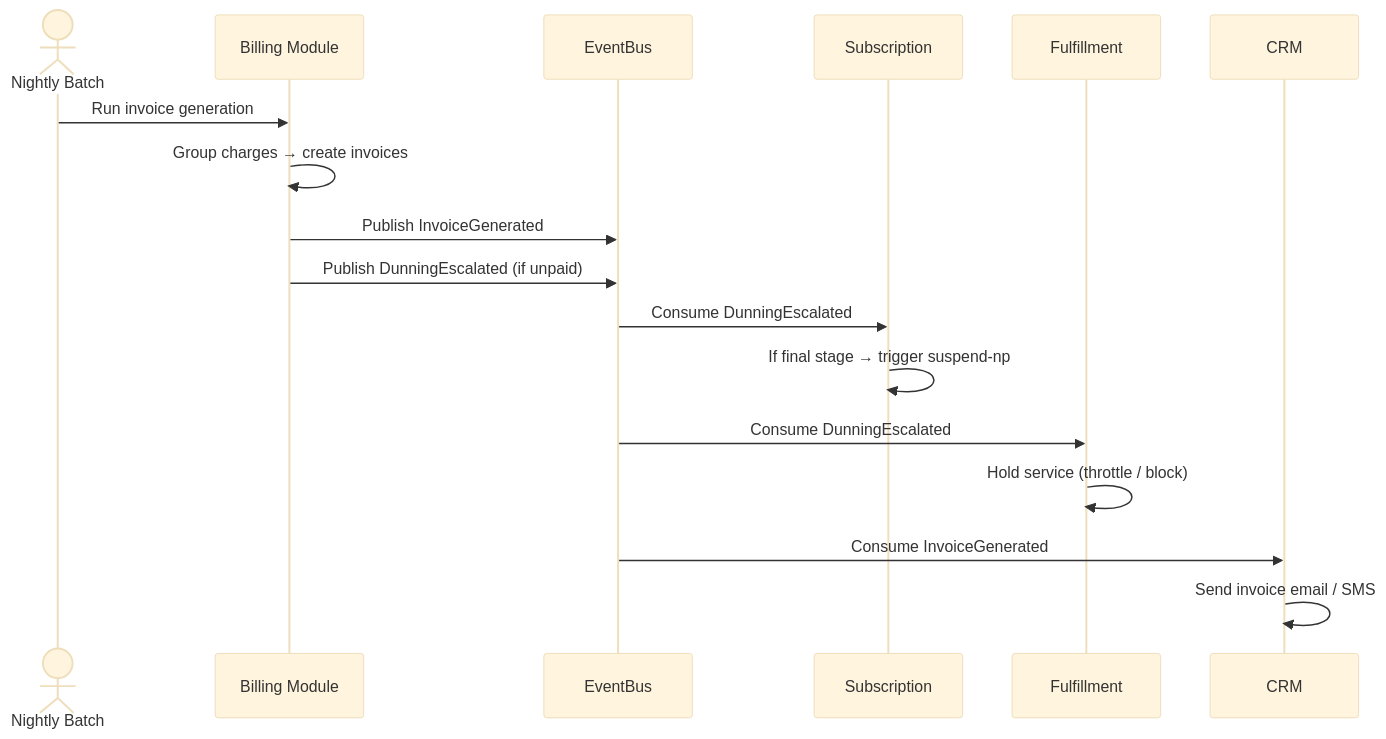
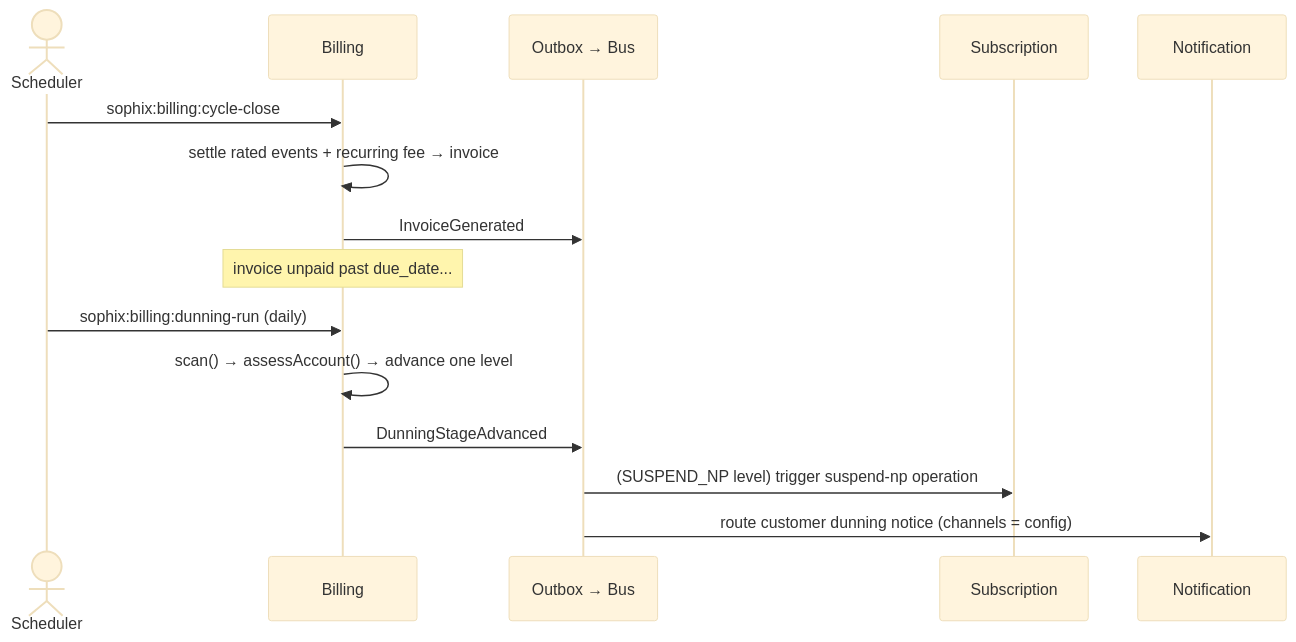
One commit to papepapesg/csp changed the diagram in docs/archi2/billing.md. Above: the diagram before and after it, drawn with Mermaid (base theme). The commit also changed other lines of this file, not shown here.

First line of the commit message:
docs(archi2): rewrite billing onboarding guide against the real code

````diff
--- a/docs/archi2/billing.md
+++ b/docs/archi2/billing.md
@@ -105,21 +106,18 @@
 ```mermaid
 sequenceDiagram
-    actor Batch as Nightly Batch
-    participant Bill as Billing Module
-    participant Bus as EventBus
+    actor Sched as Scheduler
+    participant Bill as Billing
+    participant Outbox as Outbox → Bus
     participant Sub as Subscription
-    participant FUL as Fulfillment
-    participant CRM as CRM
+    participant Not as Notification
 
-    Batch->>Bill: Run invoice generation
-    Bill->>Bill: Group charges → create invoices
-    Bill->>Bus: Publish InvoiceGenerated
-    Bill->>Bus: Publish DunningEscalated (if unpaid)
-
-    Bus->>Sub: Consume DunningEscalated
-    Sub->>Sub: If final stage → trigger suspend-np
-    Bus->>FUL: Consume DunningEscalated
-    FUL->>FUL: Hold service (throttle / block)
-    Bus->>CRM: Consume InvoiceGenerated
-    CRM->>CRM: Send invoice email / SMS
+    Sched->>Bill: sophix:billing:cycle-close
+    Bill->>Bill: settle rated events + recurring fee → invoice
+    Bill->>Outbox: InvoiceGenerated
+    Note over Bill: invoice unpaid past due_date...
+    Sched->>Bill: sophix:billing:dunning-run (daily)
+    Bill->>Bill: scan() → assessAccount() → advance one level
+    Bill->>Outbox: DunningStageAdvanced
+    Outbox->>Sub: (SUSPEND_NP level) trigger suspend-np operation
+    Outbox->>Not: route customer dunning notice (channels = config)
 ```
````
